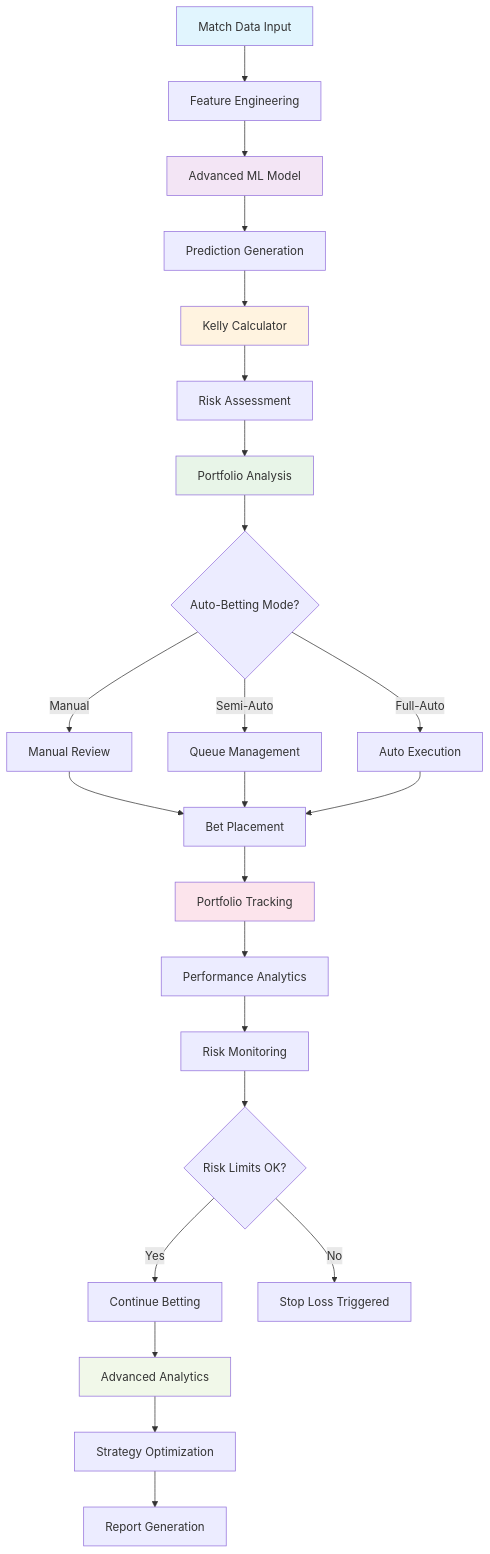
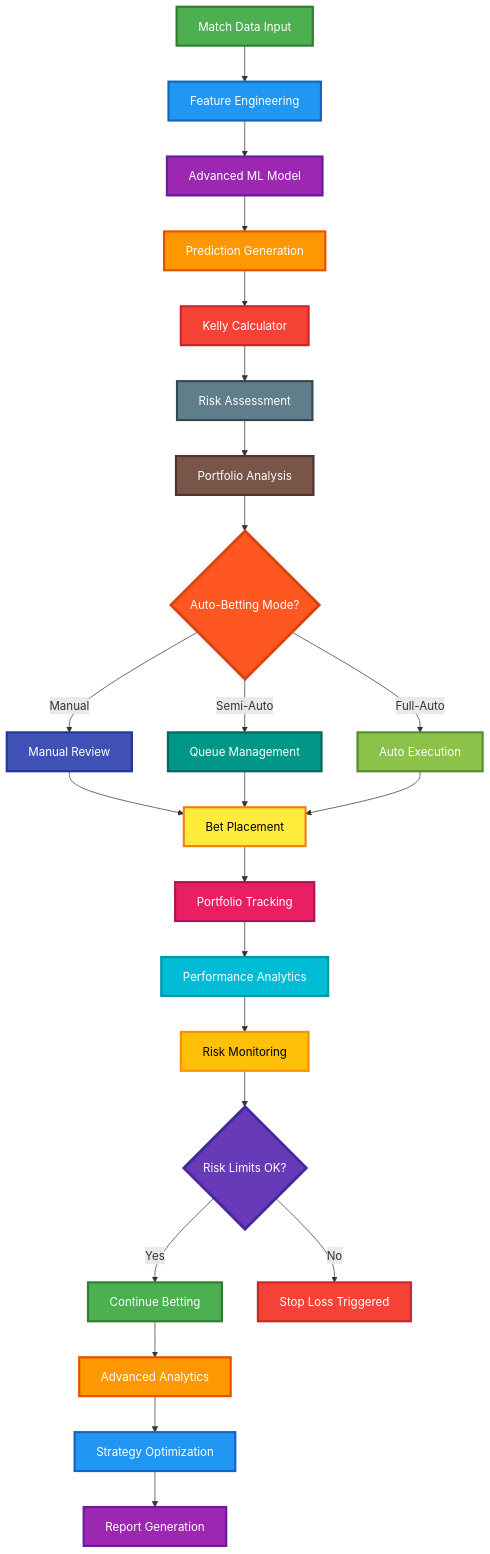
The third of 4 diagrams in README.md (gregorizeidler/footyforecast-soccer-bets-predictor), drawn with Mermaid before and after one commit. The commit also changed other lines of this file, not shown here.

First line of the commit message:
🎨 Fix Mermaid flowcharts with high-contrast colors

````diff
--- a/README.md
+++ b/README.md
@@ -997,38 +1021,53 @@
 ```mermaid
 graph TD
     A[Match Data Input] --> B[Feature Engineering]
     B --> C[Advanced ML Model]
     C --> D[Prediction Generation]
     
     D --> E[Kelly Calculator]
     E --> F[Risk Assessment]
     F --> G[Portfolio Analysis]
     
     G --> H{Auto-Betting Mode?}
     H -->|Manual| I[Manual Review]
     H -->|Semi-Auto| J[Queue Management]
     H -->|Full-Auto| K[Auto Execution]
     
     I --> L[Bet Placement]
     J --> L
     K --> L
     
     L --> M[Portfolio Tracking]
     M --> N[Performance Analytics]
     N --> O[Risk Monitoring]
     
     O --> P{Risk Limits OK?}
     P -->|Yes| Q[Continue Betting]
     P -->|No| R[Stop Loss Triggered]
     
     Q --> S[Advanced Analytics]
     S --> T[Strategy Optimization]
     T --> U[Report Generation]
     
-    style A fill:#e1f5fe
-    style C fill:#f3e5f5
-    style E fill:#fff3e0
-    style G fill:#e8f5e8
-    style M fill:#fce4ec
-    style S fill:#f1f8e9
+    style A fill:#4CAF50,stroke:#2E7D32,stroke-width:3px,color:#FFFFFF
+    style B fill:#2196F3,stroke:#1565C0,stroke-width:3px,color:#FFFFFF
+    style C fill:#9C27B0,stroke:#6A1B9A,stroke-width:3px,color:#FFFFFF
+    style D fill:#FF9800,stroke:#E65100,stroke-width:3px,color:#FFFFFF
+    style E fill:#F44336,stroke:#C62828,stroke-width:3px,color:#FFFFFF
+    style F fill:#607D8B,stroke:#37474F,stroke-width:3px,color:#FFFFFF
+    style G fill:#795548,stroke:#4E342E,stroke-width:3px,color:#FFFFFF
+    style H fill:#FF5722,stroke:#D84315,stroke-width:4px,color:#FFFFFF
+    style I fill:#3F51B5,stroke:#283593,stroke-width:3px,color:#FFFFFF
+    style J fill:#009688,stroke:#00695C,stroke-width:3px,color:#FFFFFF
+    style K fill:#8BC34A,stroke:#558B2F,stroke-width:3px,color:#FFFFFF
+    style L fill:#FFEB3B,stroke:#F57F17,stroke-width:3px,color:#000000
+    style M fill:#E91E63,stroke:#AD1457,stroke-width:3px,color:#FFFFFF
+    style N fill:#00BCD4,stroke:#0097A7,stroke-width:3px,color:#FFFFFF
+    style O fill:#FFC107,stroke:#FF8F00,stroke-width:3px,color:#000000
+    style P fill:#673AB7,stroke:#4527A0,stroke-width:4px,color:#FFFFFF
+    style Q fill:#4CAF50,stroke:#2E7D32,stroke-width:3px,color:#FFFFFF
+    style R fill:#F44336,stroke:#C62828,stroke-width:3px,color:#FFFFFF
+    style S fill:#FF9800,stroke:#E65100,stroke-width:3px,color:#FFFFFF
+    style T fill:#2196F3,stroke:#1565C0,stroke-width:3px,color:#FFFFFF
+    style U fill:#9C27B0,stroke:#6A1B9A,stroke-width:3px,color:#FFFFFF
 ```
````
